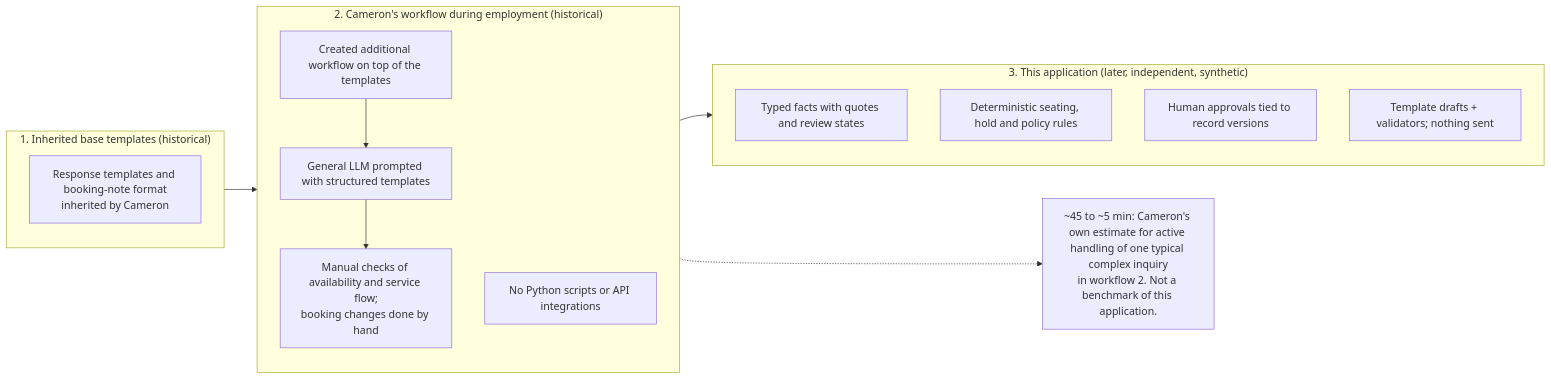
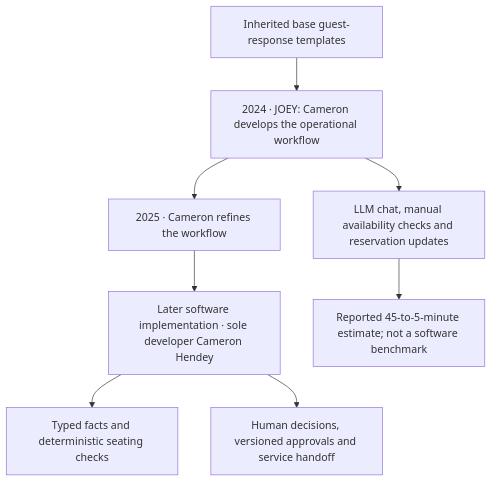
One commit to camhendey/llm-triage-response-system changed the diagram in docs/diagrams/historical_comparison.mmd. Above: the diagram before and after it, drawn with Mermaid. The commit also changed 76 other files, not shown here.

```diff
--- a/docs/diagrams/historical_comparison.mmd
+++ b/docs/diagrams/historical_comparison.mmd
@@ -1,20 +1,8 @@
-flowchart LR
-  subgraph A["1. Inherited base templates (historical)"]
-    A1["Response templates and booking-note format<br/>inherited by Cameron"]
-  end
-  subgraph B["2. Cameron's workflow during employment (historical)"]
-    B1["Created additional workflow on top of the templates"]
-    B2["General LLM prompted with structured templates"]
-    B3["Manual checks of availability and service flow;<br/>booking changes done by hand"]
-    B4["No Python scripts or API integrations"]
-    B1 --> B2 --> B3
-  end
-  subgraph C["3. This application (later, independent, synthetic)"]
-    C1["Typed facts with quotes and review states"]
-    C2["Deterministic seating, hold and policy rules"]
-    C3["Human approvals tied to record versions"]
-    C4["Template drafts + validators; nothing sent"]
-  end
-  A --> B --> C
-  N["~45 to ~5 min: Cameron's own estimate for active handling of one typical complex inquiry<br/>in workflow 2. Not a benchmark of this application."]
-  B -.-> N
+flowchart TD
+  A["Inherited base guest-response templates"] --> B
+  B["2024 · JOEY: Cameron develops the operational workflow"] --> C
+  C["2025 · Cameron refines the workflow"] --> D
+  B --> E["LLM chat, manual availability checks and reservation updates"]
+  D["Later software implementation · sole developer Cameron Hendey"] --> F["Typed facts and deterministic seating checks"]
+  D --> G["Human decisions, versioned approvals and service handoff"]
+  E --> H["Reported 45-to-5-minute estimate; not a software benchmark"]
```
